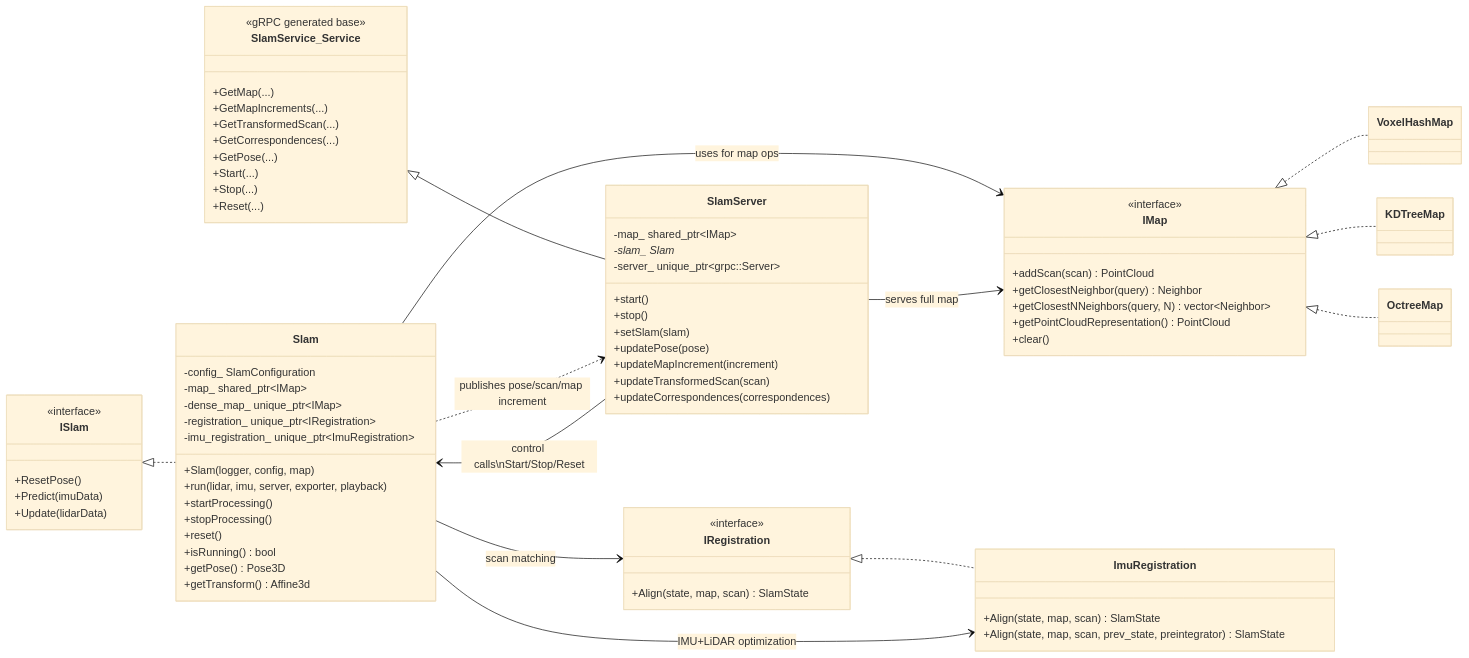
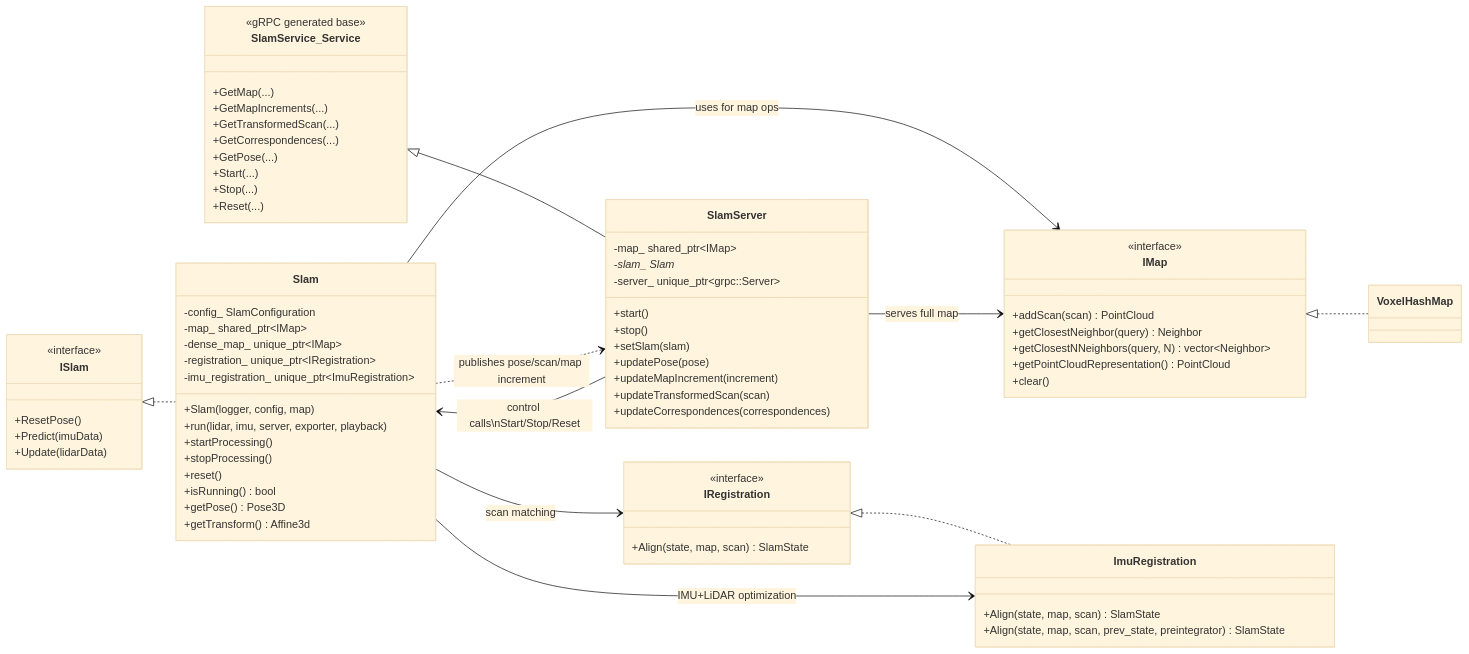
The diagram in docs/arch.md (Marcus-Forte/mslam), drawn with Mermaid (base theme) before and after one commit. The commit also changed other lines of this file and 34 other files, not shown here.

```diff
--- a/docs/arch.md
+++ b/docs/arch.md
@@ -58,8 +58,6 @@
 }
 
 class VoxelHashMap
-class KDTreeMap
-class OctreeMap
 
 class SlamService_Service {
 	<<gRPC generated base>>
@@ -88,8 +86,6 @@
 
 ISlam <|.. Slam
 IMap <|.. VoxelHashMap
-IMap <|.. KDTreeMap
-IMap <|.. OctreeMap
 IRegistration <|.. ImuRegistration
 SlamService_Service <|-- SlamServer
 
```
